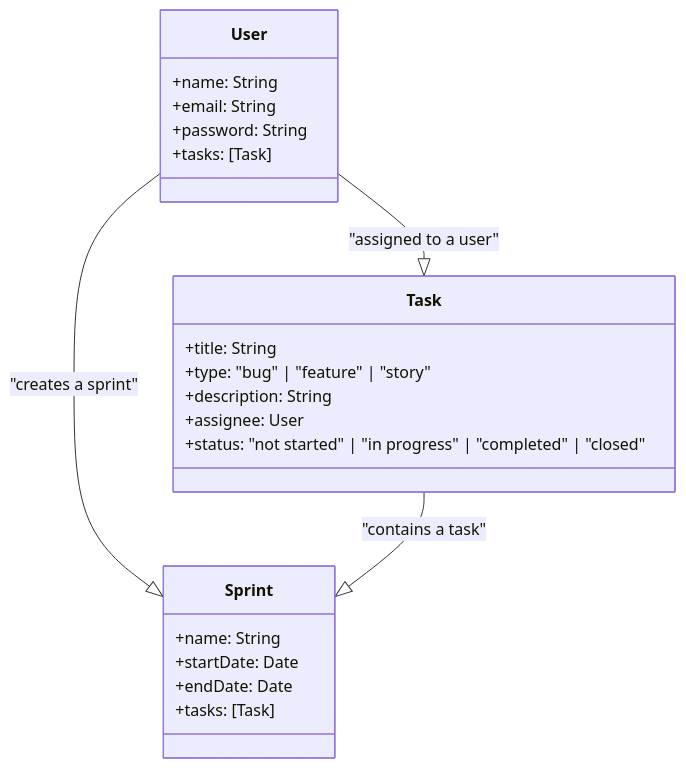
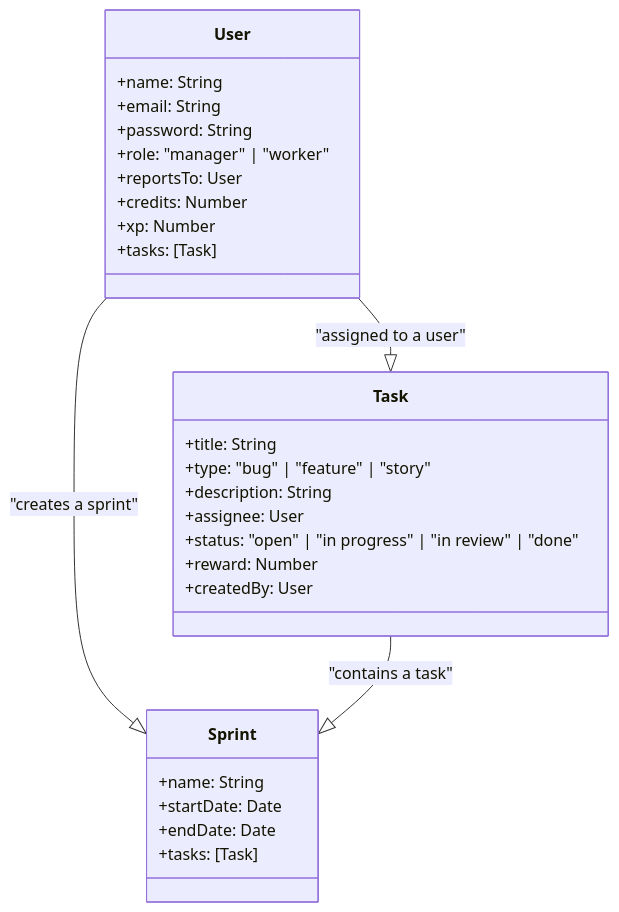
Before and after one commit to itsApurba/taskflow: the diagram in README.md, drawn with Mermaid. The commit also changed other lines of this file and 38 other files, not shown here.

````diff
--- a/README.md
+++ b/README.md
@@ -15,28 +20,34 @@
 ```mermaid
 classDiagram
   class Task {
     +title: String
     +type: "bug" | "feature" | "story"
     +description: String
     +assignee: User
-    +status: "not started" | "in progress" | "completed" | "closed"
+    +status: "open" | "in progress" | "in review" | "done"
+    +reward: Number
+    +createdBy: User
   }
 
   class User {
     +name: String
     +email: String
     +password: String
+    +role: "manager" | "worker"
+    +reportsTo: User
+    +credits: Number
+    +xp: Number
     +tasks: [Task]
   }
 
   class Sprint {
     +name: String
     +startDate: Date
     +endDate: Date
     +tasks: [Task]
   }
 
   User --|> Sprint : "creates a sprint"
   Task --|> Sprint : "contains a task"
   User --|> Task : "assigned to a user"
 ```
````
